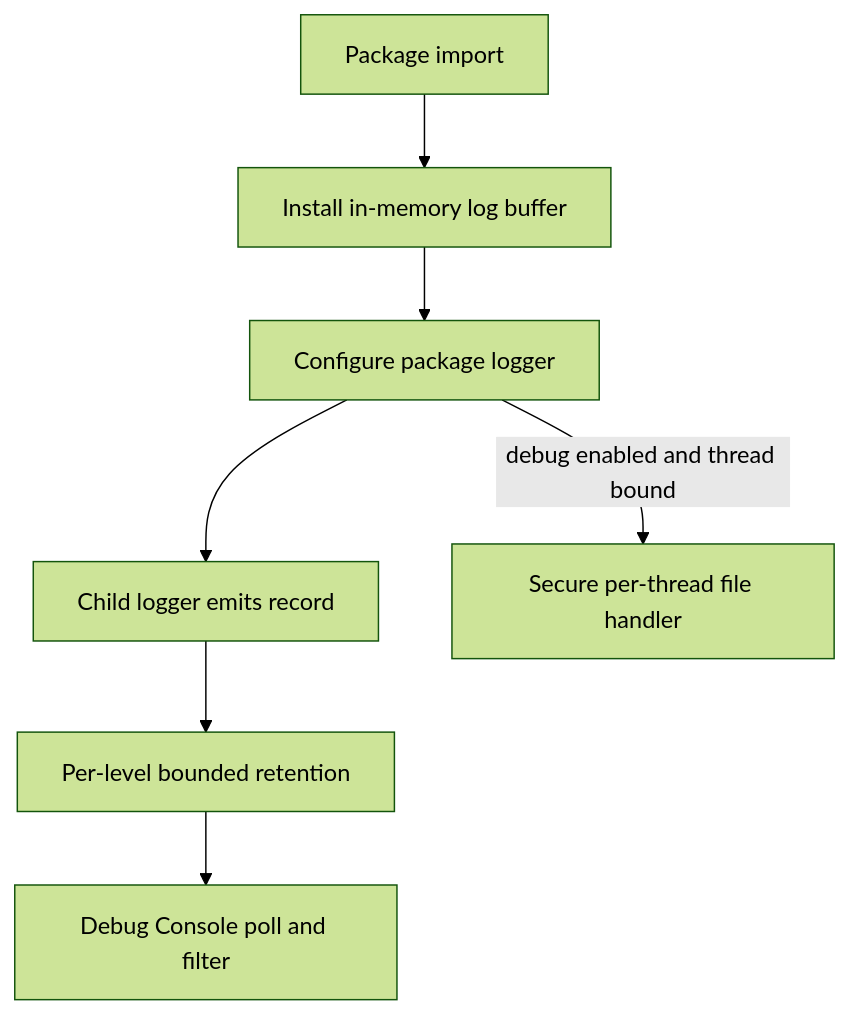
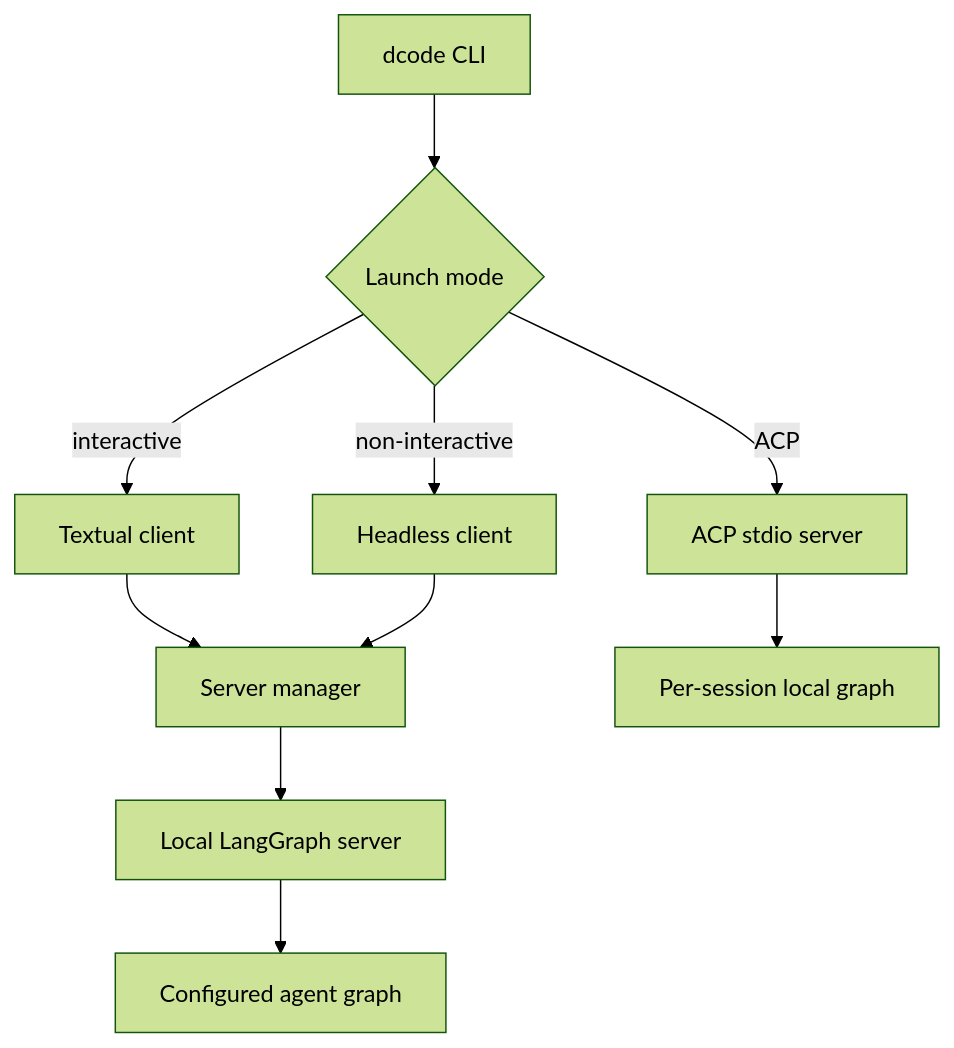
Before and after one commit to langchain-ai/deepagents: the diagram in openwiki/architecture/code-agent.md, drawn with Mermaid (forest theme). The commit also changed other lines of this file and 37 other files, not shown here.

````diff
--- a/openwiki/architecture/code-agent.md
+++ b/openwiki/architecture/code-agent.md
@@ -137,9 +45,12 @@
 ```mermaid
 flowchart TD
-    Import["Package import"] --> Buffer["Install in-memory log buffer"]
-    Buffer --> Configure["Configure package logger"]
-    Configure --> Emit["Child logger emits record"]
-    Emit --> Memory["Per-level bounded retention"]
-    Memory --> Console["Debug Console poll and filter"]
-    Configure -->|"debug enabled and thread bound"| File["Secure per-thread file handler"]
+    CLI["dcode CLI"] --> Select{"Launch mode"}
+    Select -->|"interactive"| TUI["Textual client"]
+    Select -->|"non-interactive"| Headless["Headless client"]
+    TUI --> Manager["Server manager"]
+    Headless --> Manager
+    Manager --> Server["Local LangGraph server"]
+    Server --> Graph["Configured agent graph"]
+    Select -->|"ACP"| ACP["ACP stdio server"]
+    ACP --> LocalGraph["Per-session local graph"]
 ```
````
